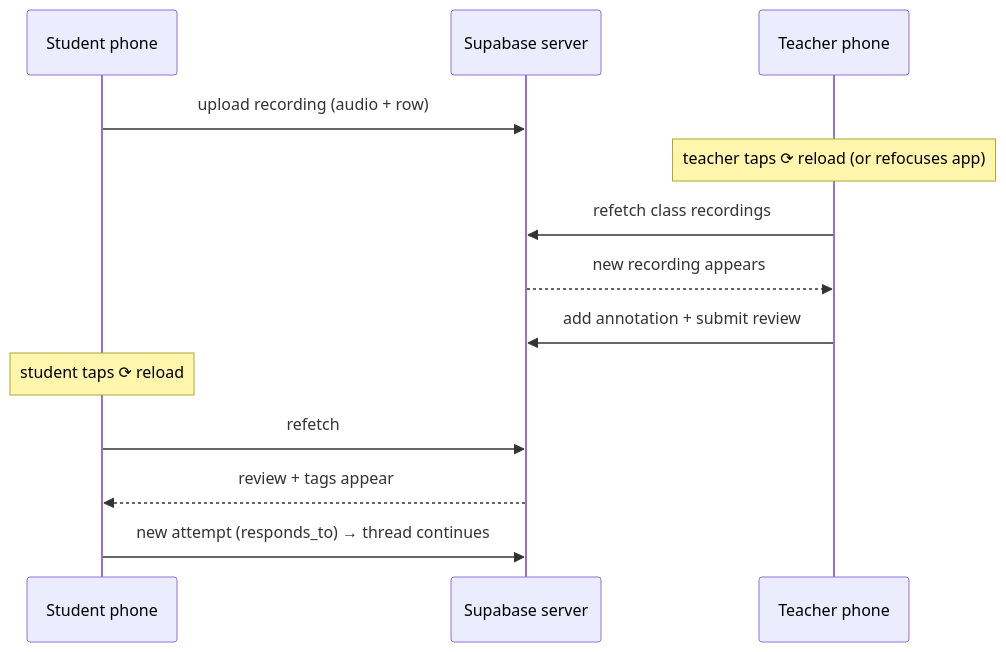
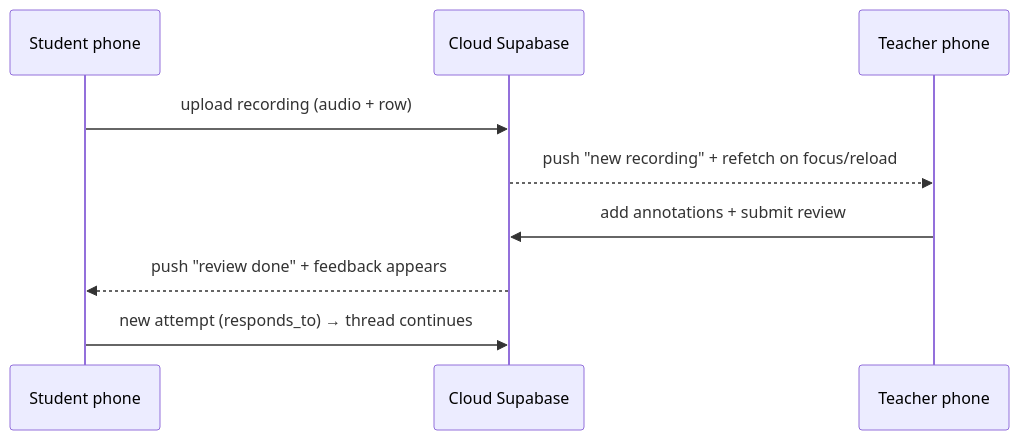
Before and after one commit to walidozich/quran-app: the third of 6 diagrams in README.md, drawn with Mermaid. The commit also changed other lines of this file, not shown here.

Commit message:
docs: refresh README for cloud backend, bottom tabs, wirds, and notifications

````diff
--- a/README.md
+++ b/README.md
@@ -136,15 +99,11 @@
 ```mermaid
 sequenceDiagram
     participant S as Student phone
-    participant DB as Supabase server
+    participant DB as Cloud Supabase
     participant T as Teacher phone
     S->>DB: upload recording (audio + row)
-    Note over T: teacher taps ⟳ reload (or refocuses app)
-    T->>DB: refetch class recordings
-    DB-->>T: new recording appears
-    T->>DB: add annotation + submit review
-    Note over S: student taps ⟳ reload
-    S->>DB: refetch
-    DB-->>S: review + tags appear
+    DB-->>T: push "new recording" + refetch on focus/reload
+    T->>DB: add annotations + submit review
+    DB-->>S: push "review done" + feedback appears
     S->>DB: new attempt (responds_to) → thread continues
 ```
````
